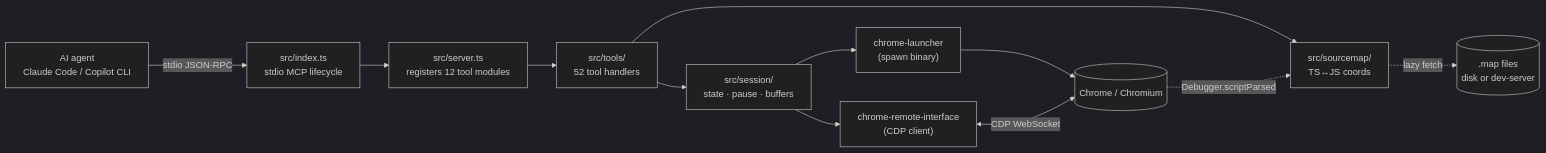
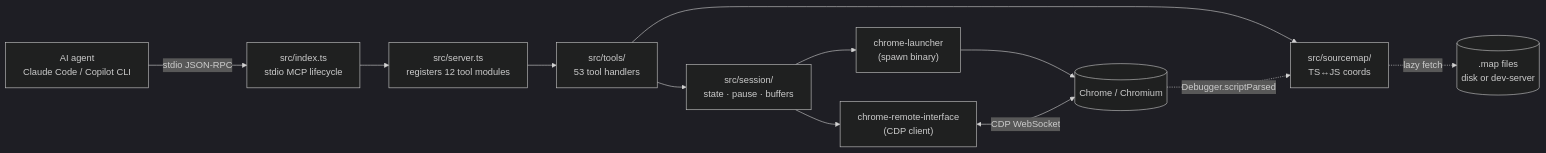
The first of 6 diagrams in docs/ARCHITECTURE.md (lcjanke2020/lynceus), drawn with Mermaid (dark theme) before and after one commit. The commit also changed other lines of this file and 20 other files, not shown here.

````diff
--- a/docs/ARCHITECTURE.md
+++ b/docs/ARCHITECTURE.md
@@ -19,25 +19,25 @@
 ```mermaid
 flowchart LR
     Agent["AI agent<br/>Claude Code / Copilot CLI"]
     Index["src/index.ts<br/>stdio MCP lifecycle"]
     Server["src/server.ts<br/>registers 12 tool modules"]
-    Tools["src/tools/<br/>52 tool handlers"]
+    Tools["src/tools/<br/>53 tool handlers"]
     Session["src/session/<br/>state · pause · buffers"]
     Sourcemap["src/sourcemap/<br/>TS↔JS coords"]
     CRI["chrome-remote-interface<br/>(CDP client)"]
     Launcher["chrome-launcher<br/>(spawn binary)"]
     Chrome[("Chrome / Chromium")]
     Maps[(".map files<br/>disk or dev-server")]
 
     Agent -- "stdio JSON-RPC" --> Index
     Index --> Server
     Server --> Tools
     Tools --> Session
     Tools --> Sourcemap
     Session --> CRI
     Session --> Launcher
     Launcher --> Chrome
     CRI <-- "CDP WebSocket" --> Chrome
     Chrome -. "Debugger.scriptParsed" .-> Sourcemap
     Sourcemap -. "lazy fetch" .-> Maps
 ```
````
